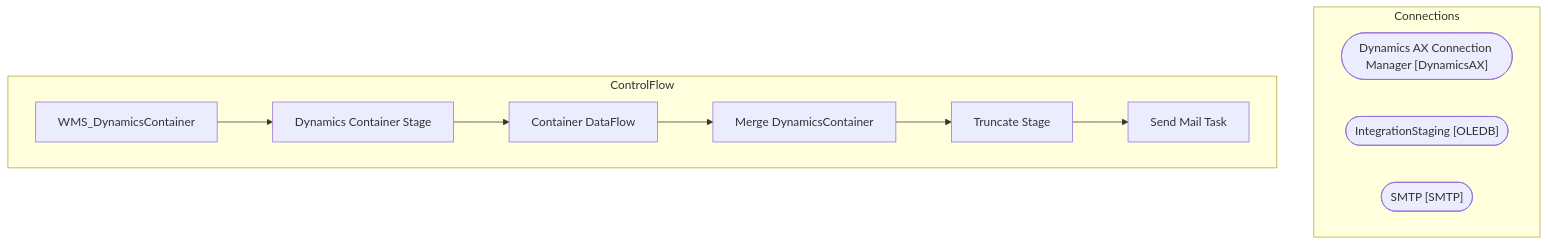
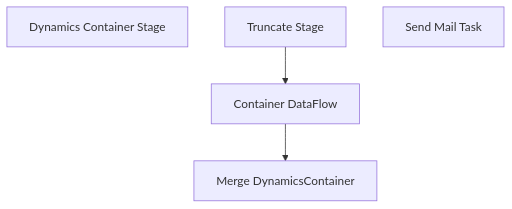
The diagram in bab-docs-explorer/Documentation/STL-SSIS-P-01/SSIS/WMS/WMS_DynamicsContainer.WMS_DynamicsContainer.md (juanandresbrain/BABSkills), drawn with Mermaid before and after one commit. The commit also changed other lines of this file and 273 other files, not shown here.

````diff
--- a/bab-docs-explorer/Documentation/STL-SSIS-P-01/SSIS/WMS/WMS_DynamicsContainer.WMS_DynamicsContainer.md
+++ b/bab-docs-explorer/Documentation/STL-SSIS-P-01/SSIS/WMS/WMS_DynamicsContainer.WMS_DynamicsContainer.md
@@ -9,21 +38,10 @@
 ```mermaid
 flowchart TD
-    subgraph Connections
-        Dynamics_AX_Connection_Manager_conn(["Dynamics AX Connection Manager [DynamicsAX]"])
-        IntegrationStaging_conn(["IntegrationStaging [OLEDB]"])
-        SMTP_conn(["SMTP [SMTP]"])
-    end
-    subgraph ControlFlow
-        WMS_DynamicsContainer_task["WMS_DynamicsContainer"]
-        Dynamics_Container_Stage_task["Dynamics Container Stage"]
-        WMS_DynamicsContainer_task --> Dynamics_Container_Stage_task
-        Container_DataFlow_task["Container DataFlow"]
-        Dynamics_Container_Stage_task --> Container_DataFlow_task
-        Merge_DynamicsContainer_task["Merge DynamicsContainer"]
-        Container_DataFlow_task --> Merge_DynamicsContainer_task
-        Truncate_Stage_task["Truncate Stage"]
-        Merge_DynamicsContainer_task --> Truncate_Stage_task
-        Send_Mail_Task_task["Send Mail Task"]
-        Truncate_Stage_task --> Send_Mail_Task_task
-    end
+    n_Package_Dynamics_Container_Stage["Dynamics Container Stage"]
+    n_Package_Dynamics_Container_Stage_Container_DataFlow["Container DataFlow"]
+    n_Package_Dynamics_Container_Stage_Merge_DynamicsContainer["Merge DynamicsContainer"]
+    n_Package_Dynamics_Container_Stage_Truncate_Stage["Truncate Stage"]
+    n_Package_EventHandlers_OnError__Send_Mail_Task["Send Mail Task"]
+    n_Package_Dynamics_Container_Stage_Truncate_Stage --> n_Package_Dynamics_Container_Stage_Container_DataFlow
+    n_Package_Dynamics_Container_Stage_Container_DataFlow --> n_Package_Dynamics_Container_Stage_Merge_DynamicsContainer
 ```
````
